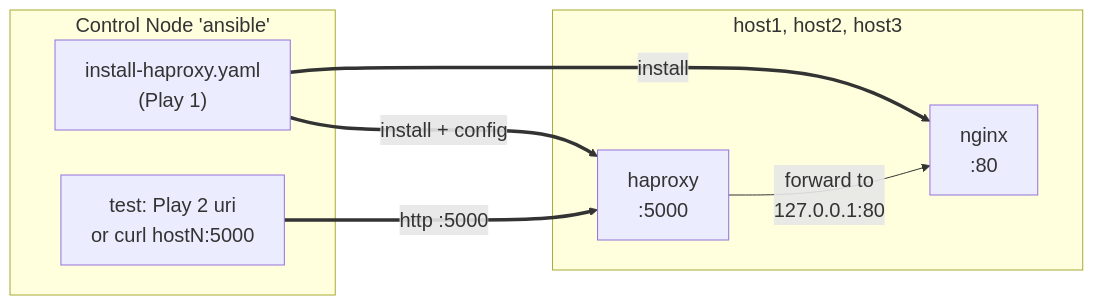
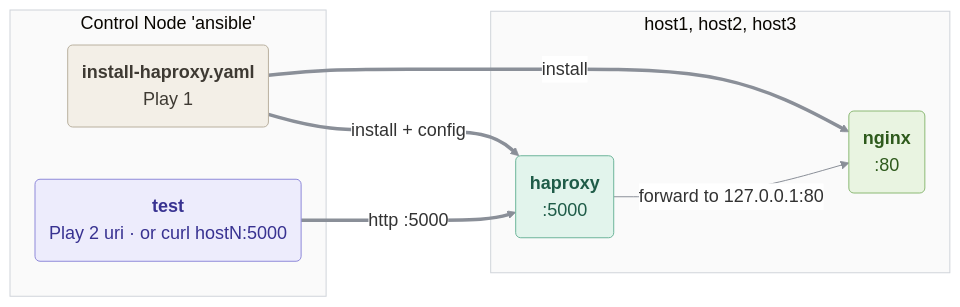
The diagram in lessons/06_Playbooks/01-haproxy/README.md (csurgay/ansible), drawn with Mermaid before and after one commit. The commit also changed 8 other files, not shown here.

````diff
--- a/lessons/06_Playbooks/01-haproxy/README.md
+++ b/lessons/06_Playbooks/01-haproxy/README.md
@@ -13,16 +13,25 @@
 ```mermaid
-%%{init: {"themeVariables": {"fontSize": "20px"}, "flowchart": {"nodeSpacing": 40, "rankSpacing": 90}}}%%
+%%{init: {"theme": "base", "themeVariables": {"fontSize": "18px", "lineColor": "#8a8f98", "edgeLabelBackground": "#ffffff", "clusterBkg": "#fafafa", "clusterBorder": "#d0d4da"}, "flowchart": {"wrappingWidth": 480, "curve": "basis", "padding": 14}}}%%
 flowchart LR
     subgraph CN["Control Node 'ansible'"]
-        PB["install-haproxy.yaml<br>(Play 1)"]
-        T["test: Play 2 uri<br>or curl hostN:5000"]
+        PB("<b>install-haproxy.yaml</b><br>Play 1")
+        T("<b>test</b><br>Play 2 uri · or curl hostN:5000")
     end
     subgraph MH["host1, host2, host3"]
-        HA["haproxy<br>:5000"]
-        NG["nginx<br>:80"]
+        HA("<b>haproxy</b><br>:5000")
+        NG("<b>nginx</b><br>:80")
     end
-    PB ==>|install| NG
+    PB ==>|"install"| NG
     PB ==>|"install + config"| HA
     T ==>|"http :5000"| HA
-    HA -->|"forward to<br>127.0.0.1:80"| NG
+    HA -->|"forward to 127.0.0.1:80"| NG
+    classDef sand fill:#f3efe7,stroke:#b9b09f,color:#3e3a33
+    classDef mint fill:#e2f4ec,stroke:#6db59a,color:#1f5c48
+    classDef lilac fill:#edecfc,stroke:#8f89d9,color:#383291
+    classDef rose fill:#fbeae6,stroke:#d99b8c,color:#7a2f20
+    classDef leaf fill:#e9f4e1,stroke:#8cb975,color:#2e5a1c
+    class PB sand
+    class T lilac
+    class HA mint
+    class NG leaf
 ```
````
